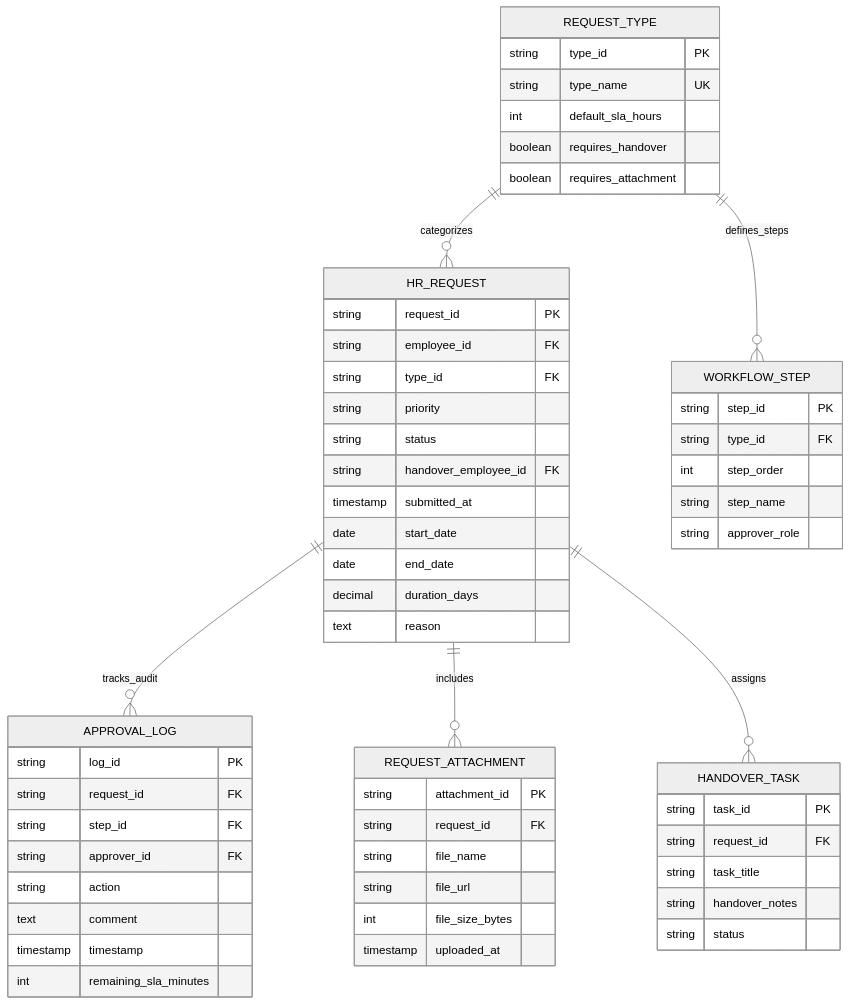
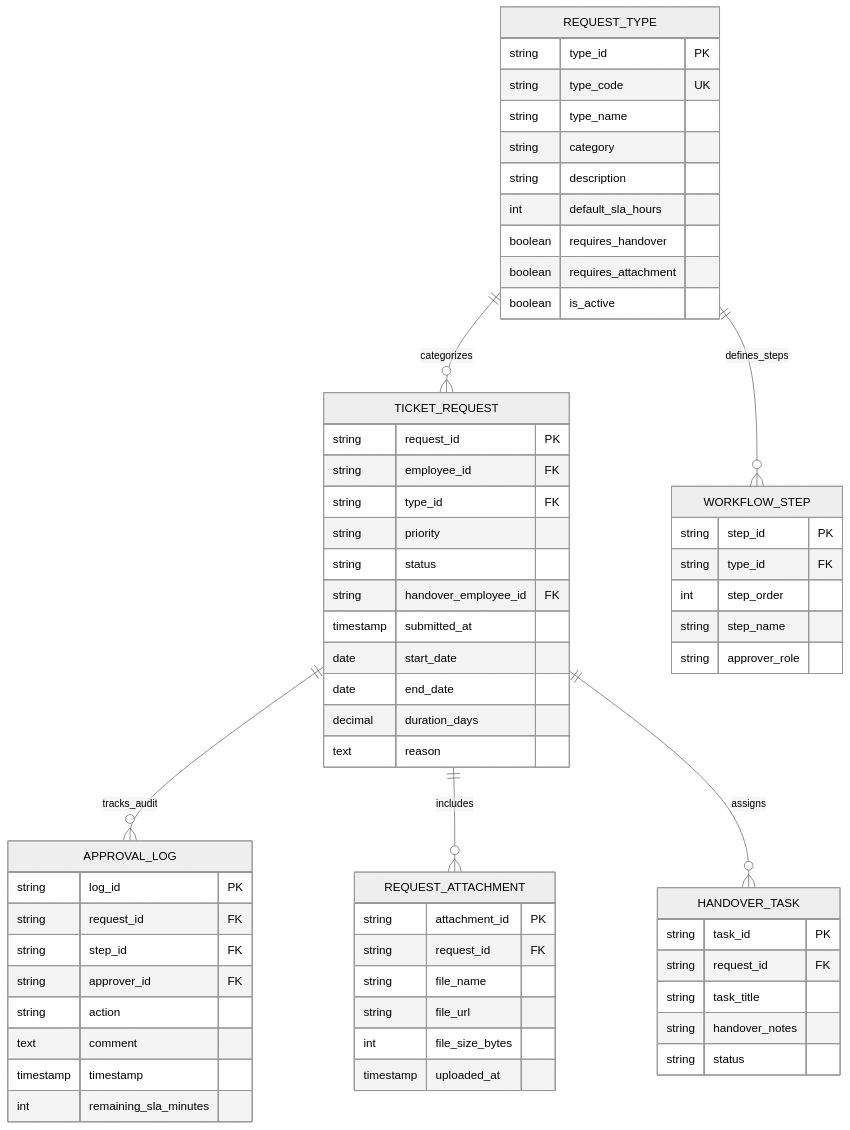
The diagram in databases/RequestManagement.md (votrongdao/Copilot.HR), drawn with Mermaid (neutral theme) before and after one commit. The commit also changed other lines of this file and 35 other files, not shown here.

````diff
--- a/databases/RequestManagement.md
+++ b/databases/RequestManagement.md
@@ -9,66 +11,70 @@
 ```mermaid
 erDiagram
-    REQUEST_TYPE ||--o{ HR_REQUEST : "categorizes"
+    REQUEST_TYPE ||--o{ TICKET_REQUEST : "categorizes"
     REQUEST_TYPE ||--o{ WORKFLOW_STEP : "defines_steps"
-    HR_REQUEST ||--o{ APPROVAL_LOG : "tracks_audit"
-    HR_REQUEST ||--o{ REQUEST_ATTACHMENT : "includes"
-    HR_REQUEST ||--o{ HANDOVER_TASK : "assigns"
+    TICKET_REQUEST ||--o{ APPROVAL_LOG : "tracks_audit"
+    TICKET_REQUEST ||--o{ REQUEST_ATTACHMENT : "includes"
+    TICKET_REQUEST ||--o{ HANDOVER_TASK : "assigns"
 
     REQUEST_TYPE {
         string type_id PK
-        string type_name UK
+        string type_code UK
+        string type_name
+        string category
+        string description
         int default_sla_hours
         boolean requires_handover
         boolean requires_attachment
+        boolean is_active
     }
 
-    HR_REQUEST {
+    TICKET_REQUEST {
         string request_id PK
         string employee_id FK
         string type_id FK
         string priority
         string status
         string handover_employee_id FK
         timestamp submitted_at
         date start_date
         date end_date
         decimal duration_days
         text reason
     }
 
     WORKFLOW_STEP {
         string step_id PK
         string type_id FK
         int step_order
         string step_name
         string approver_role
     }
 
     APPROVAL_LOG {
         string log_id PK
         string request_id FK
         string step_id FK
         string approver_id FK
         string action
         text comment
         timestamp timestamp
         int remaining_sla_minutes
     }
 
     REQUEST_ATTACHMENT {
         string attachment_id PK
         string request_id FK
         string file_name
         string file_url
         int file_size_bytes
         timestamp uploaded_at
     }
 
     HANDOVER_TASK {
         string task_id PK
         string request_id FK
         string task_title
         string handover_notes
         string status
     }
 ```
````
